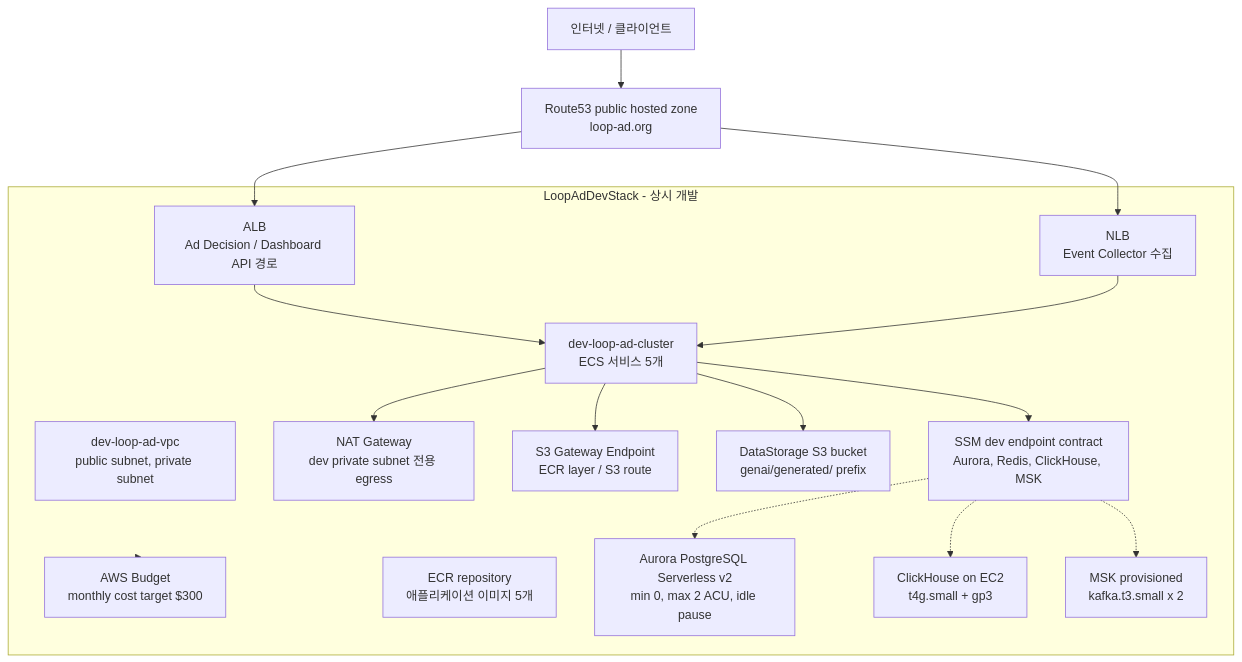
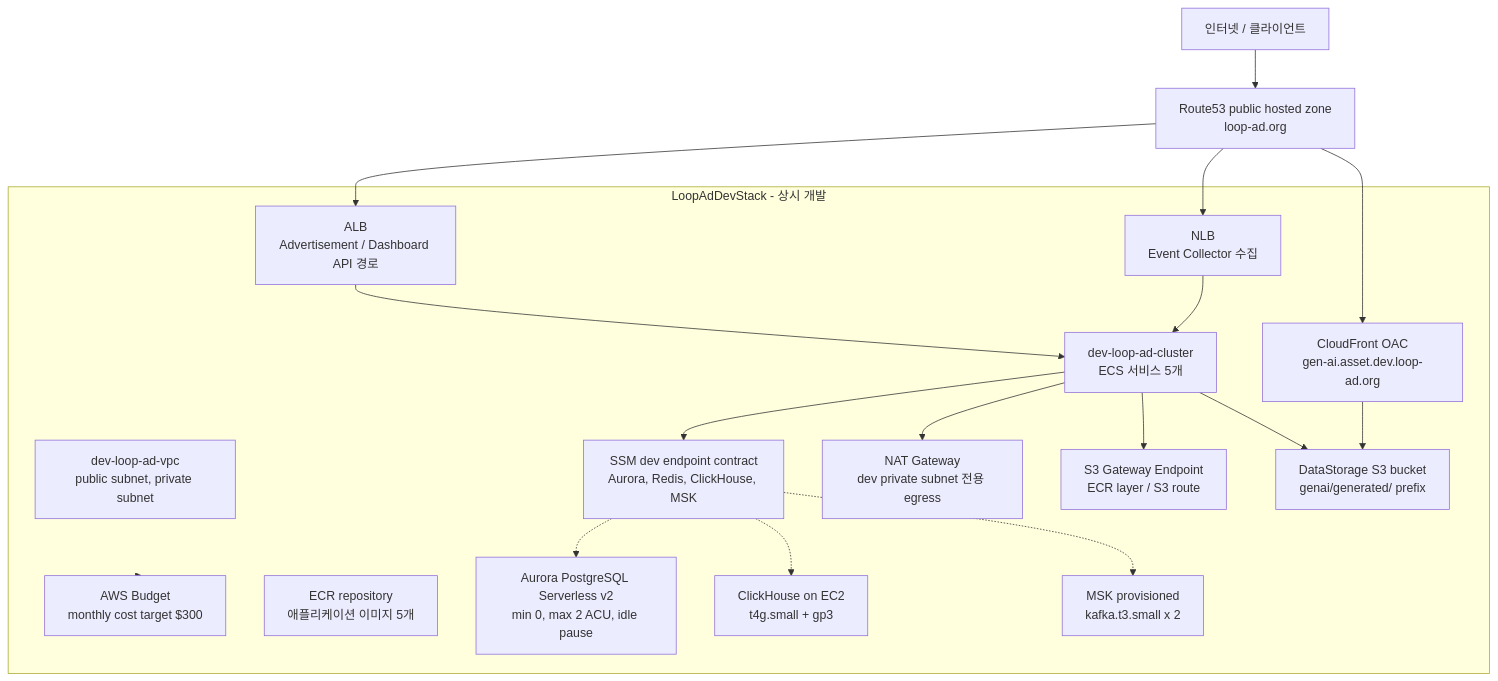
The diagram in README.md (krafton-jungle-project-4team/loop-ad_infra), drawn with Mermaid before and after one commit. The commit also changed other lines of this file and 7 other files, not shown here.

Commit message:
Add GenAI asset delivery contract

````diff
--- a/README.md
+++ b/README.md
@@ -25,36 +25,39 @@
 ```mermaid
 flowchart TB
     Internet["인터넷 / 클라이언트"]
     Route53["Route53 public hosted zone<br/>loop-ad.org"]
 
     subgraph DevStack["LoopAdDevStack - 상시 개발"]
         Vpc["dev-loop-ad-vpc<br/>public subnet, private subnet"]
         Nat["NAT Gateway<br/>dev private subnet 전용 egress"]
         S3Endpoint["S3 Gateway Endpoint<br/>ECR layer / S3 route"]
         DataStorageS3["DataStorage S3 bucket<br/>genai/generated/ prefix"]
+        GenAiAssetsCdn["CloudFront OAC<br/>gen-ai.asset.dev.loop-ad.org"]
         Budget["AWS Budget<br/>monthly cost target $300"]
         Ecr["ECR repository<br/>애플리케이션 이미지 5개"]
-        DevAlb["ALB<br/>Ad Decision / Dashboard API 경로"]
+        DevAlb["ALB<br/>Advertisement / Dashboard API 경로"]
         DevNlb["NLB<br/>Event Collector 수집"]
         DevEcs["dev-loop-ad-cluster<br/>ECS 서비스 5개"]
         DevContracts["SSM dev endpoint contract<br/>Aurora, Redis, ClickHouse, MSK"]
         Aurora["Aurora PostgreSQL Serverless v2<br/>min 0, max 2 ACU, idle pause"]
         ClickHouse["ClickHouse on EC2<br/>t4g.small + gp3"]
         Msk["MSK provisioned<br/>kafka.t3.small x 2"]
     end
 
     Internet --> Route53
     Route53 --> DevAlb
     Route53 --> DevNlb
+    Route53 --> GenAiAssetsCdn
 
     DevAlb --> DevEcs
     DevNlb --> DevEcs
     DevEcs --> DevContracts
     DevEcs --> Nat
     DevEcs --> S3Endpoint
     DevEcs --> DataStorageS3
+    GenAiAssetsCdn --> DataStorageS3
     DevContracts -.-> Aurora
     DevContracts -.-> ClickHouse
     DevContracts -.-> Msk
     DevStack --> Budget
 ```
````
